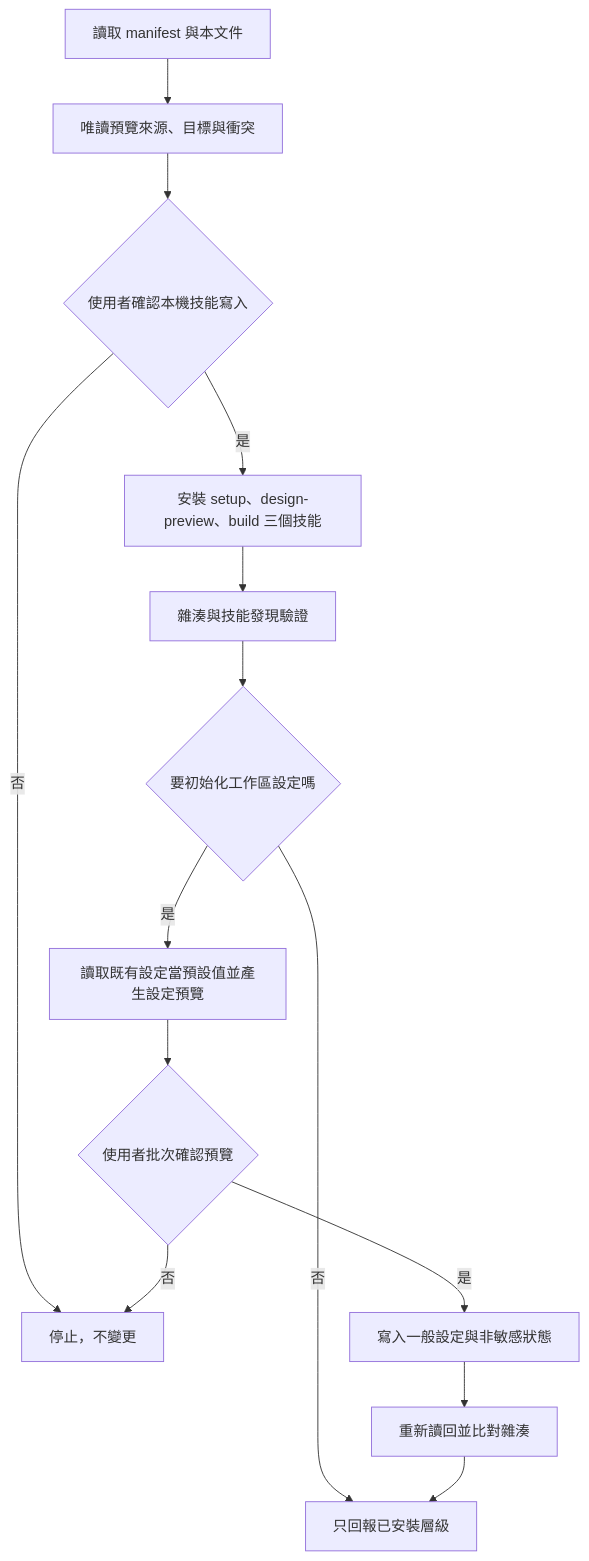
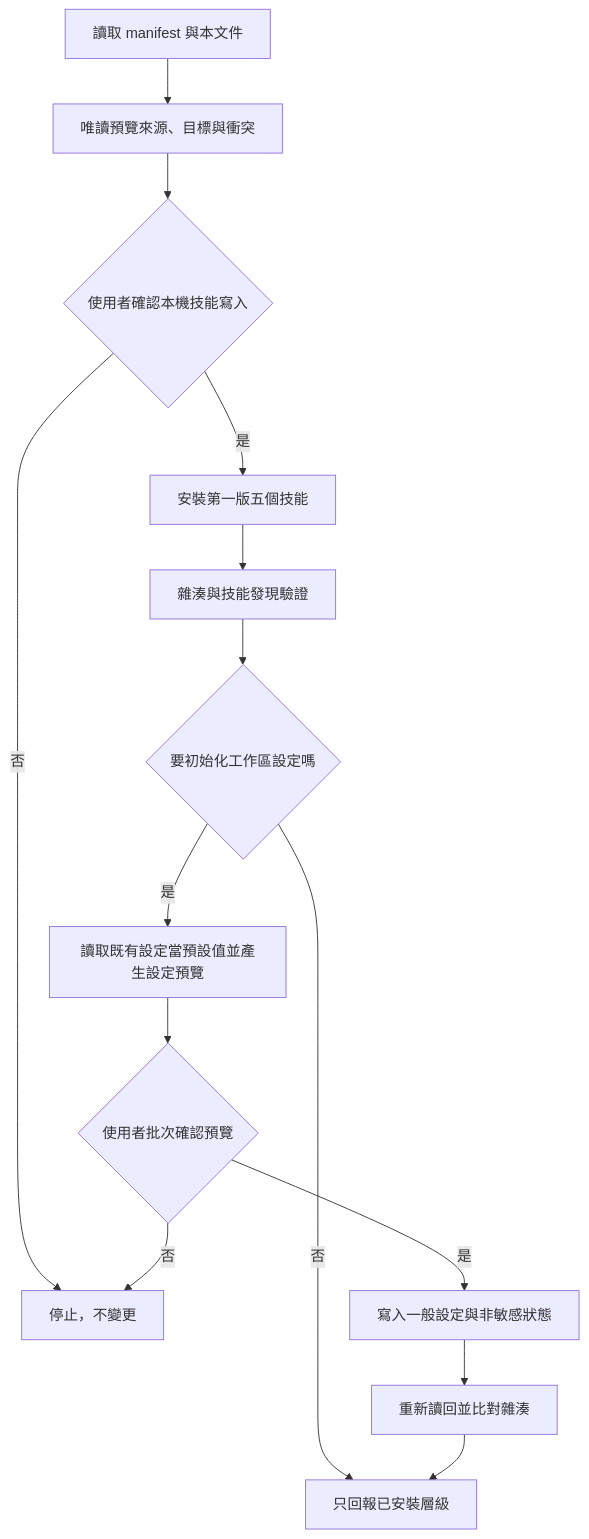
One commit to iamraven-tw/raven-ai-workflow-toolbox changed the diagram in skill-packs/website-building/INSTALL.md. Above: the diagram before and after it, drawn with Mermaid. The commit also changed other lines of this file and 188 other files, not shown here.

````diff
--- a/skill-packs/website-building/INSTALL.md
+++ b/skill-packs/website-building/INSTALL.md
@@ -5,16 +5,16 @@
 ```mermaid
 flowchart TD
     A[讀取 manifest 與本文件] --> B[唯讀預覽來源、目標與衝突]
     B --> C{使用者確認本機技能寫入}
     C -- 否 --> S[停止，不變更]
-    C -- 是 --> D[安裝 setup、design-preview、build 三個技能]
+    C -- 是 --> D[安裝第一版五個技能]
     D --> E[雜湊與技能發現驗證]
     E --> F{要初始化工作區設定嗎}
     F -- 否 --> G[只回報已安裝層級]
     F -- 是 --> H[讀取既有設定當預設值並產生設定預覽]
     H --> I{使用者批次確認預覽}
     I -- 否 --> S
     I -- 是 --> J[寫入一般設定與非敏感狀態]
     J --> K[重新讀回並比對雜湊]
     K --> G
 ```
````
